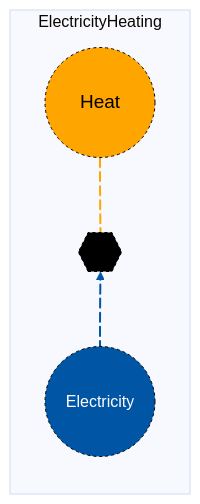
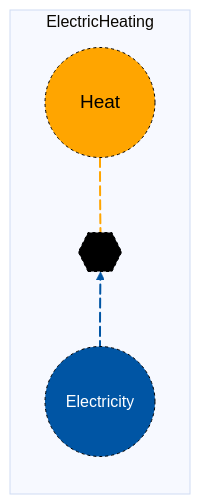
Diagram 19 of 21 in docs/src/Manual/Assets.md (acheng1757/MacroEnergy-Abbie.jl), drawn with Mermaid before and after one commit. The commit also changed other lines of this file and 10 other files, not shown here.

````diff
--- a/docs/src/Manual/Assets.md
+++ b/docs/src/Manual/Assets.md
@@ -504,18 +504,18 @@
 ```mermaid
 %%{init: {'theme': 'base', 'themeVariables': { 'background': '#E2F0FF' }}}%%
 flowchart LR
-  subgraph ElectricityHeating
+  subgraph ElectricHeating
   direction BT
   A((Electricity)) e1@ --> B{{..}}
   B e2@ --> C((Heat))
   e1@{animate: true}
   e2@{animate: true}
  end
     style A r:55px,fill:#0055A4,stroke:black,color:white,stroke-dasharray: 3,5;
     style B r:55px,fill:black,stroke:black,color:black,stroke-dasharray: 3,5;
     style C font-size:19px,r:55px,fill:#FFA500,stroke:black,color:black,stroke-dasharray: 3,5;
 
   linkStyle 0 stroke:#0055A4, stroke-width: 2px;
   linkStyle 1 stroke:#FFA500, stroke-width: 2px;
 
 ```
````
